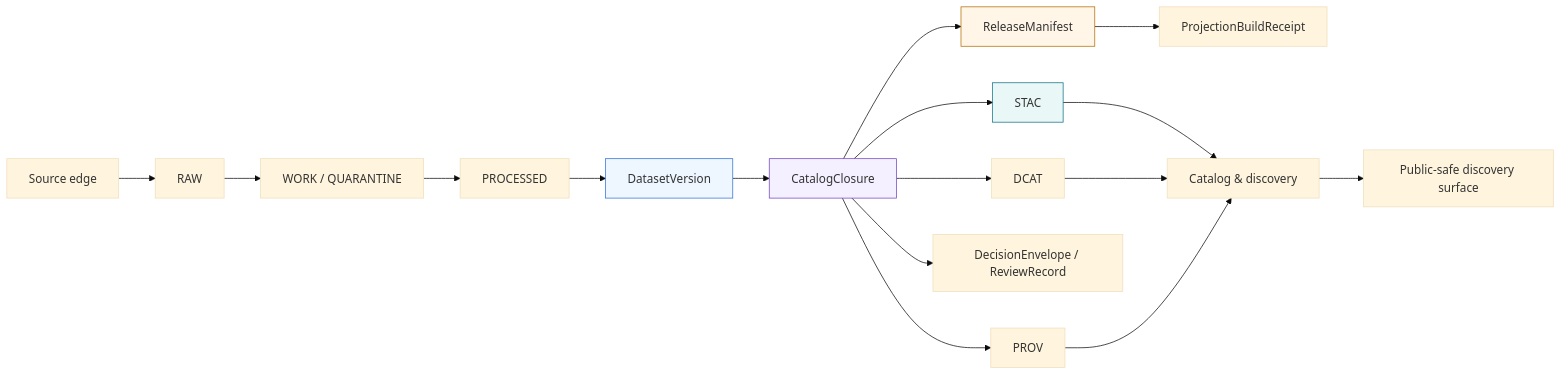
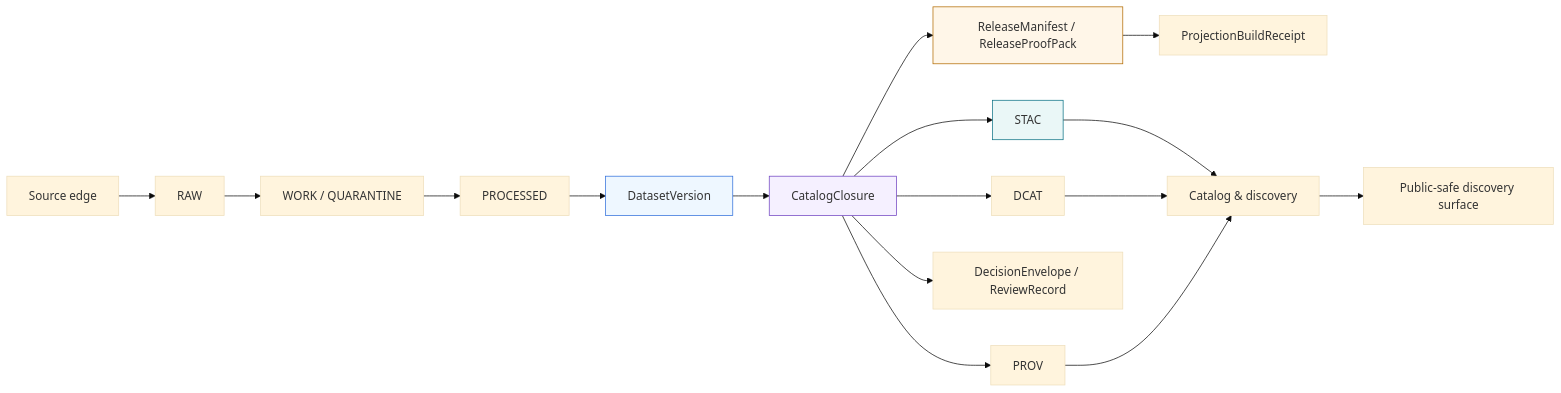
The diagram in docs/standards/KFM_STAC_PROFILE.md (bartytime4life/Kansas-Frontier-Matrix), drawn with Mermaid (base theme) before and after one commit. The commit also changed other lines of this file, not shown here.

````diff
--- a/docs/standards/KFM_STAC_PROFILE.md
+++ b/docs/standards/KFM_STAC_PROFILE.md
@@ -64,23 +83,23 @@
 ```mermaid
 flowchart LR
     A[Source edge] --> B[RAW]
     B --> C[WORK / QUARANTINE]
     C --> D[PROCESSED]
     D --> E[DatasetVersion]
     E --> F[CatalogClosure]
     F --> G[STAC]
     F --> H[DCAT]
     F --> I[PROV]
     F --> J[DecisionEnvelope / ReviewRecord]
-    F --> K[ReleaseManifest]
+    F --> K[ReleaseManifest / ReleaseProofPack]
     K --> L[ProjectionBuildReceipt]
     G --> M[Catalog & discovery]
     H --> M
     I --> M
     M --> N[Public-safe discovery surface]
 
     style E fill:#eef7ff,stroke:#2f6fdb
     style F fill:#f5f0ff,stroke:#6f42c1
     style G fill:#eaf7f7,stroke:#0b7285
     style K fill:#fff6e8,stroke:#b26b00
 ```
````
